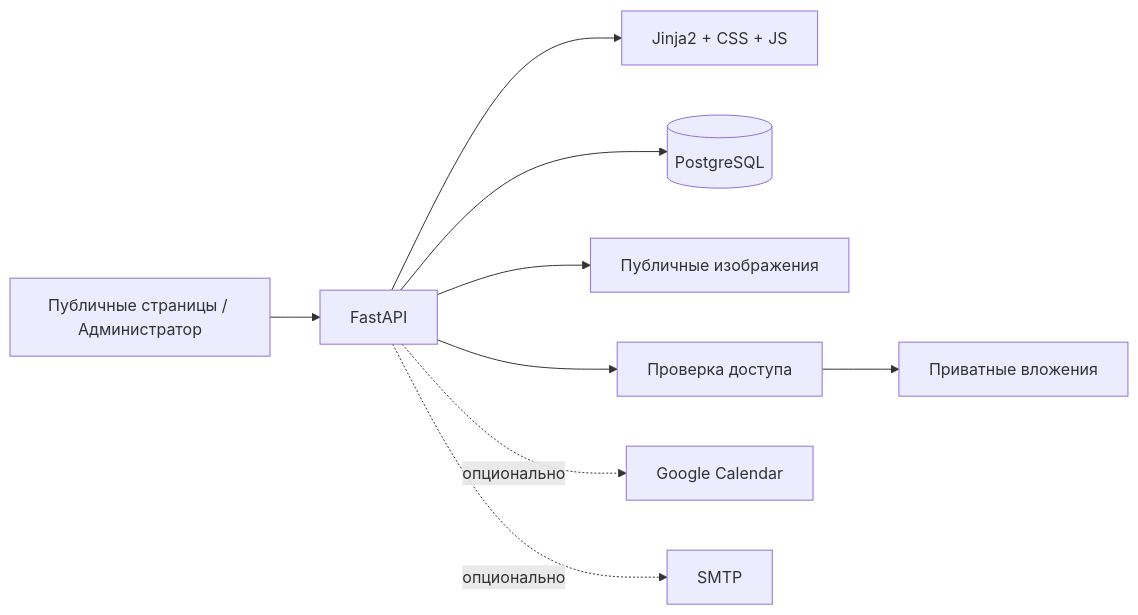
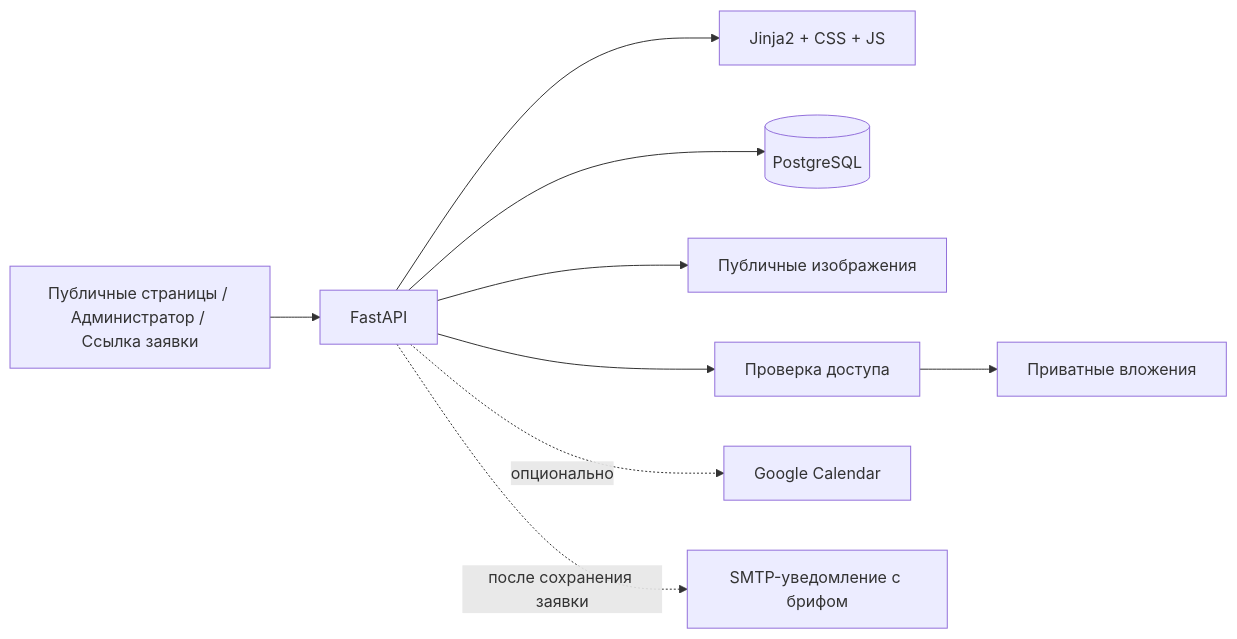
The diagram in README.md (ArtToSlipAway/arttoslipaway-website), drawn with Mermaid before and after one commit. The commit also changed other lines of this file, not shown here.

````diff
--- a/README.md
+++ b/README.md
@@ -58,11 +75,11 @@
 ```mermaid
 flowchart LR
-    Browser[Публичные страницы / Администратор] --> App[FastAPI]
+    Browser[Публичные страницы / Администратор / Ссылка заявки] --> App[FastAPI]
     App --> Templates[Jinja2 + CSS + JS]
     App --> DB[(PostgreSQL)]
     App --> Public[Публичные изображения]
     App --> Auth[Проверка доступа]
     Auth --> Private[Приватные вложения]
     App -. опционально .-> Calendar[Google Calendar]
-    App -. опционально .-> Mail[SMTP]
+    App -. после сохранения заявки .-> Mail[SMTP-уведомление с брифом]
 ```
````
